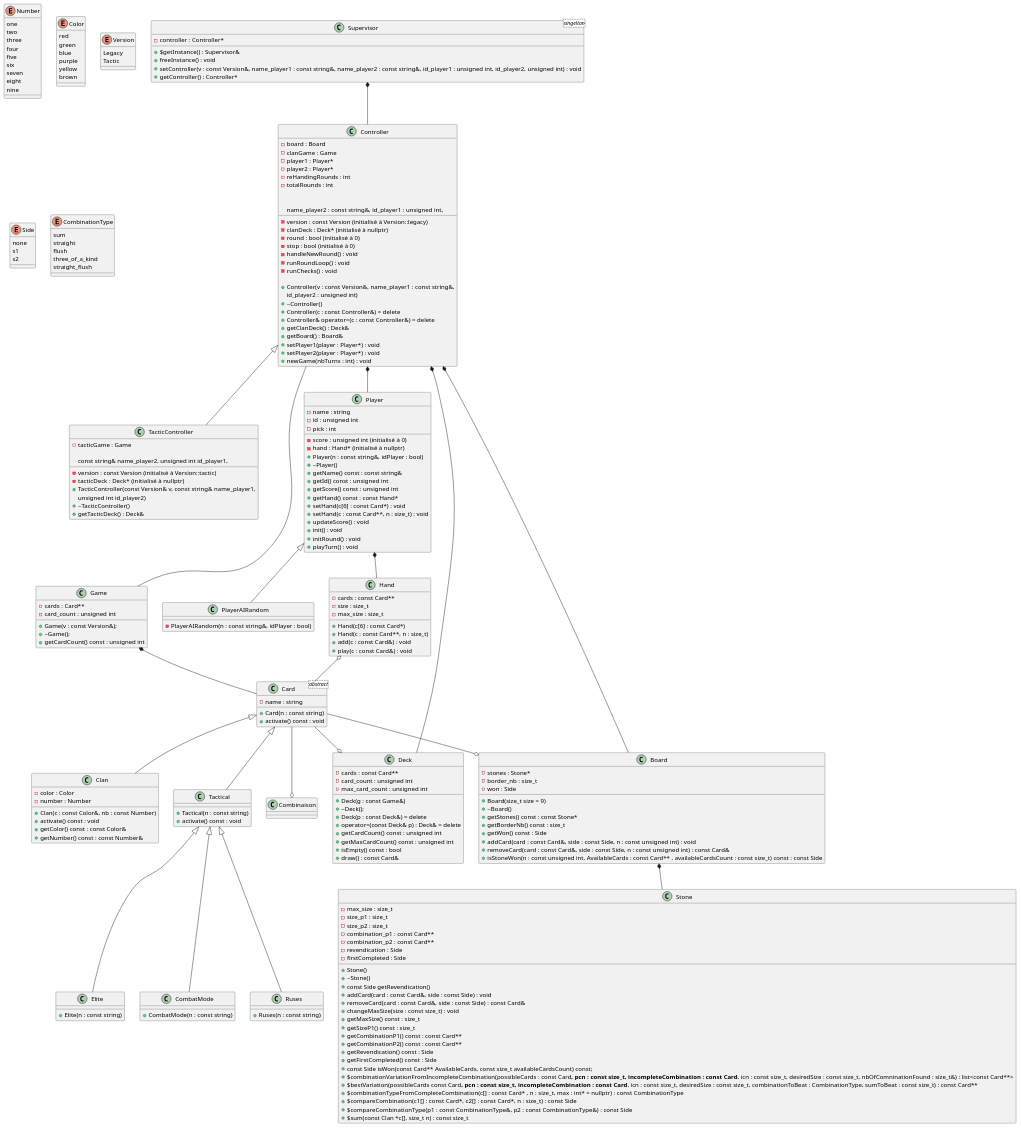
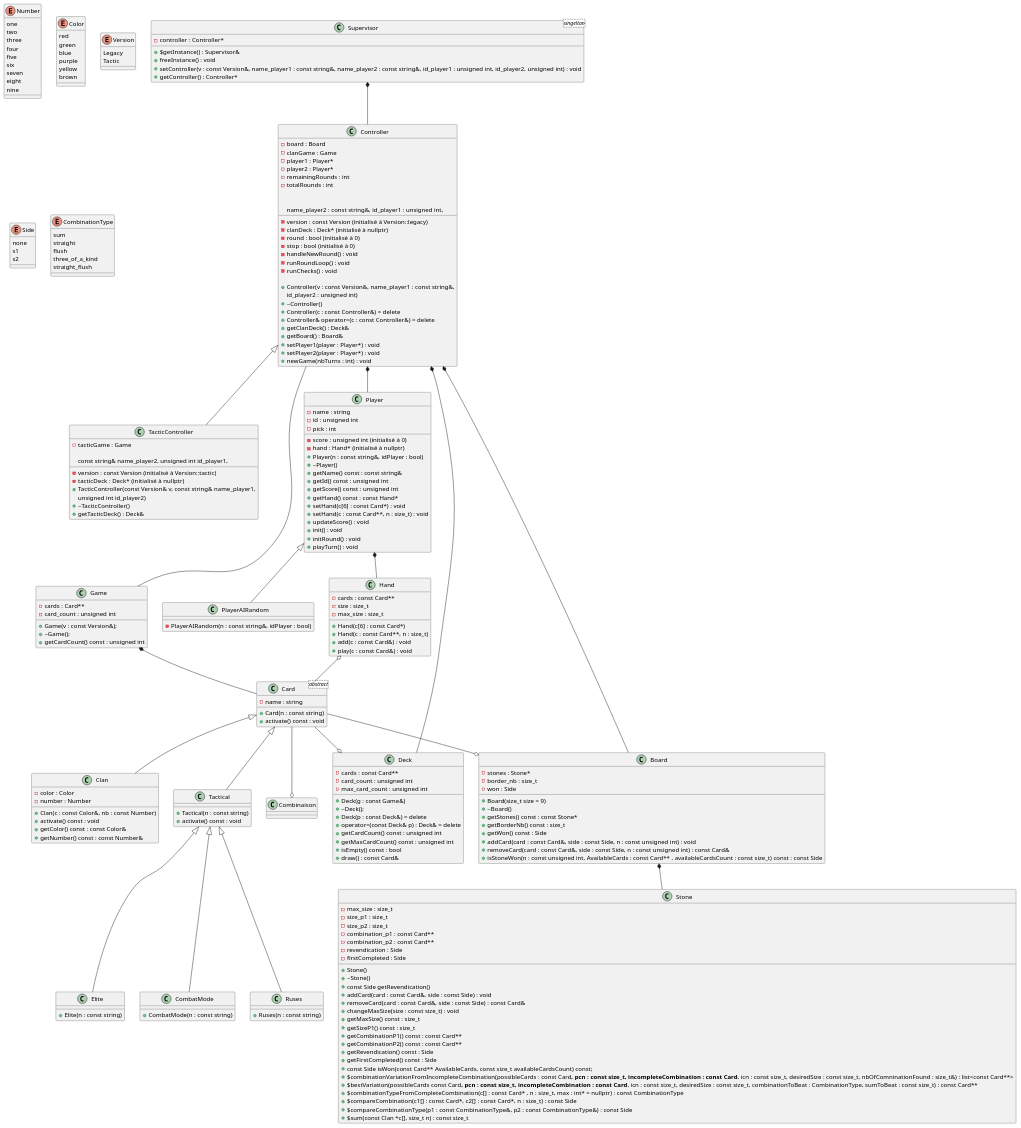
One commit to Ryustiel/LO21-Projet changed the diagram in uml.plantuml. Above: the diagram before and after it, drawn with PlantUML.

```diff
--- a/uml.plantuml
+++ b/uml.plantuml
@@ -61,7 +61,7 @@
 	- player2 : Player*
 	- round : bool (initialisé à 0)
     - stop : bool (initialisé à 0)
-    - reHandingRounds : int
+    - remainingRounds : int
     - totalRounds : int
 
     - handleNewRound() : void
```
